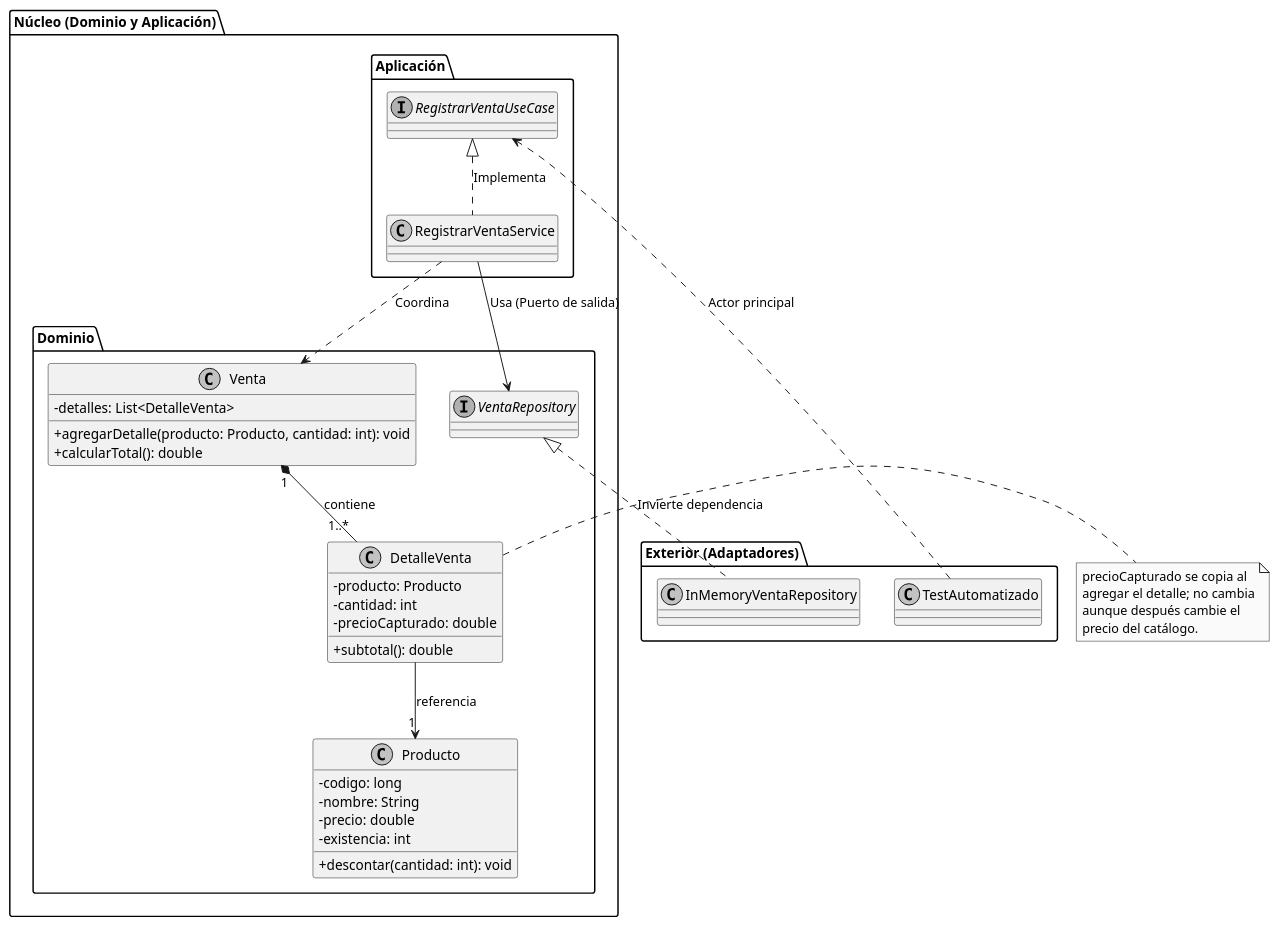
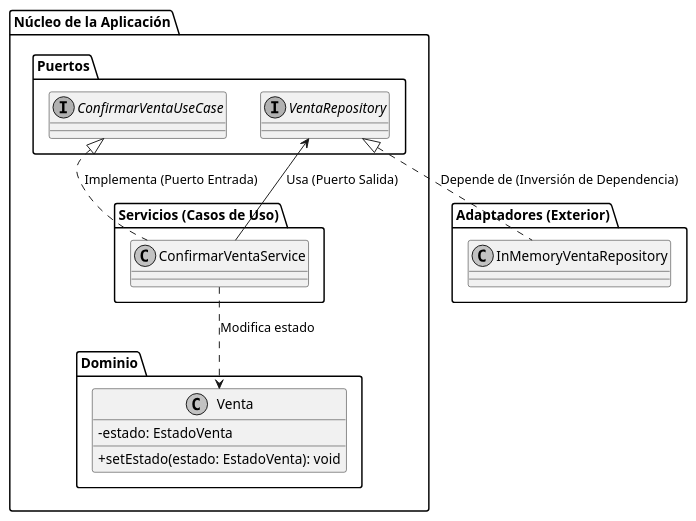
Before and after one commit to maurihm/flujo-colaborativo-ventas: the diagram in diagrama_venta.puml, drawn with PlantUML.

Commit message:
Refactor diagram structure and relationships

```diff
--- a/diagrama_venta.puml
+++ b/diagrama_venta.puml
@@ -1,63 +1,35 @@
 @startuml diagrama_venta
 
 skinparam classAttributeIconSize 0
 skinparam monochrome true
 skinparam shadowing false
 
-package "Exterior (Adaptadores)" {
+package "Adaptadores (Exterior)" {
     class InMemoryVentaRepository
-    class TestAutomatizado
 }
 
-package "Núcleo (Dominio y Aplicación)" {
-    
-    package "Aplicación" {
-        interface RegistrarVentaUseCase
-        class RegistrarVentaService
+package "Núcleo de la Aplicación" {
+    package "Puertos" {
+        interface ConfirmarVentaUseCase
+        interface VentaRepository
+    }
+
+    package "Servicios (Casos de Uso)" {
+        class ConfirmarVentaService
     }
 
     package "Dominio" {
-        interface VentaRepository
-        
-        class Producto {
-          -codigo: long
-          -nombre: String
-          -precio: double
-          -existencia: int
-          +descontar(cantidad: int): void
-        }
-
         class Venta {
-          -detalles: List<DetalleVenta>
-          +agregarDetalle(producto: Producto, cantidad: int): void
-          +calcularTotal(): double
-        }
-
-        class DetalleVenta {
-          -producto: Producto
-          -cantidad: int
-          -precioCapturado: double
-          +subtotal(): double
+            -estado: EstadoVenta
+            +setEstado(estado: EstadoVenta): void
         }
     }
 }
 
-' Relaciones del Dominio Original
-Venta "1" *-- "1..*" DetalleVenta : contiene
-DetalleVenta --> "1" Producto : referencia
-
 ' Relaciones de Arquitectura Hexagonal
-TestAutomatizado ..> RegistrarVentaUseCase : "Actor principal"
-RegistrarVentaUseCase <|.. RegistrarVentaService : "Implementa"
-RegistrarVentaService ..> Venta : "Coordina"
-RegistrarVentaService --> VentaRepository : "Usa (Puerto de salida)"
-VentaRepository <|.. InMemoryVentaRepository : "Invierte dependencia"
-
-note right of DetalleVenta
-  precioCapturado se copia al
-  agregar el detalle; no cambia
-  aunque después cambie el
-  precio del catálogo.
-end note
+ConfirmarVentaUseCase <|.. ConfirmarVentaService : "Implementa (Puerto Entrada)"
+ConfirmarVentaService ..> Venta : "Modifica estado"
+ConfirmarVentaService --> VentaRepository : "Usa (Puerto Salida)"
+VentaRepository <|.. InMemoryVentaRepository : "Depende de (Inversión de Dependencia)"
 
 @enduml
```
